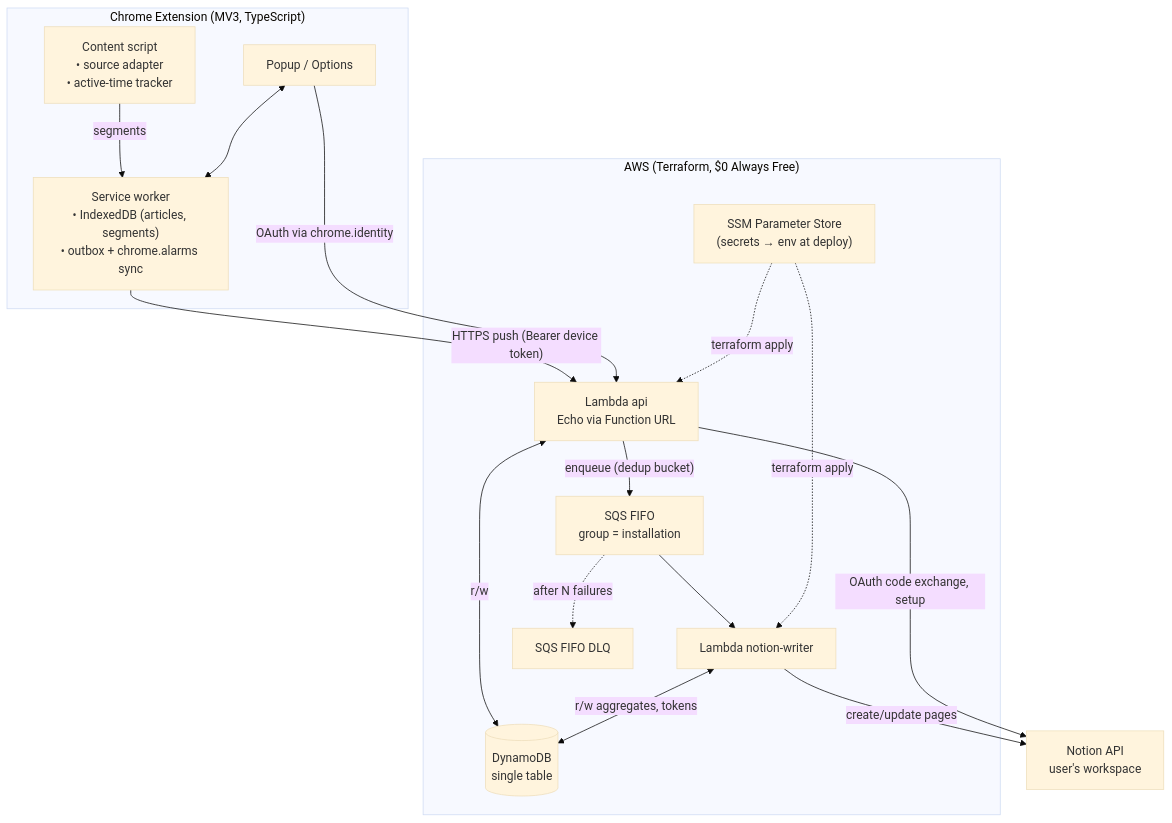
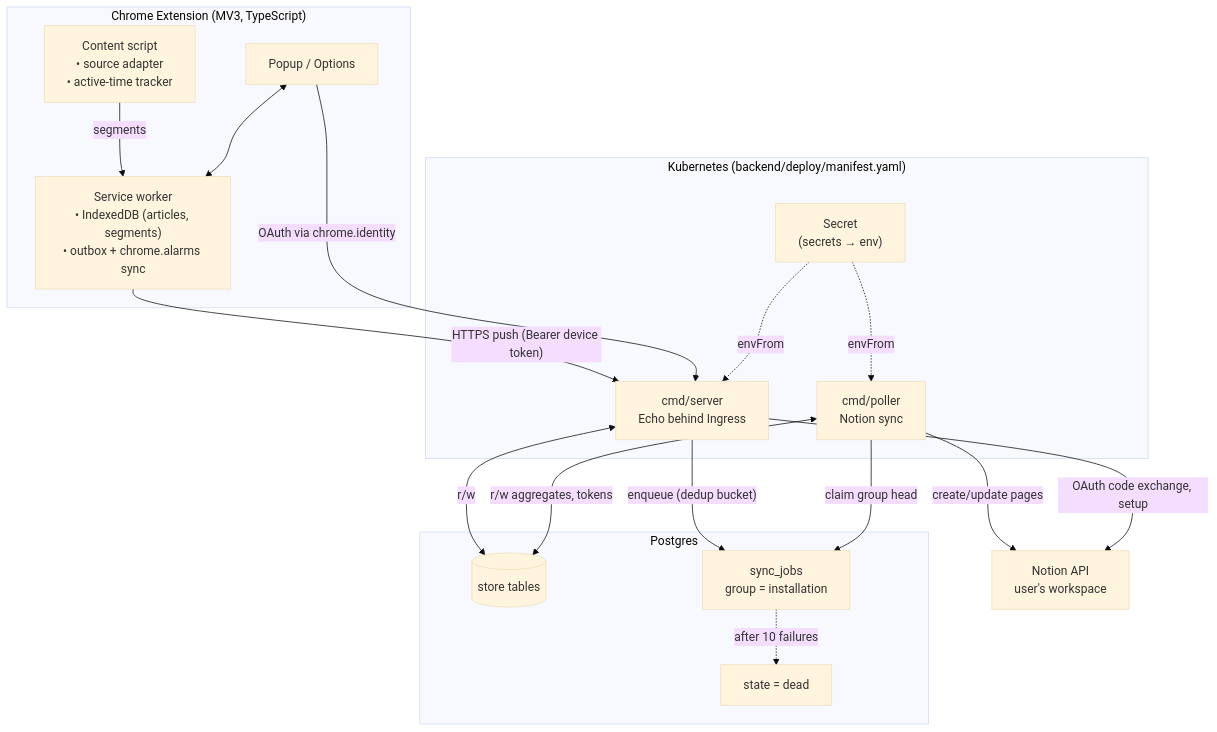
Before and after one commit to tuncloud/reading-chrome-extension: the first of 7 diagrams in docs/reading-tracker-onboarding.md, drawn with Mermaid (base theme). The commit also changed other lines of this file and 7 other files, not shown here.

Commit message:
docs: describe the single Postgres deployment

````diff
--- a/docs/reading-tracker-onboarding.md
+++ b/docs/reading-tracker-onboarding.md
@@ -125,33 +111,36 @@
 ```mermaid
 graph TB
     subgraph EXT["Chrome Extension (MV3, TypeScript)"]
         CS["Content script<br/>• source adapter<br/>• active-time tracker"]
         SW["Service worker<br/>• IndexedDB (articles, segments)<br/>• outbox + chrome.alarms sync"]
         UI["Popup / Options"]
         CS -->|"segments"| SW
         UI <--> SW
     end
 
-    subgraph AWS["AWS (Terraform, $0 Always Free)"]
-        API["Lambda api<br/>Echo via Function URL"]
-        DDB[("DynamoDB<br/>single table")]
-        Q["SQS FIFO<br/>group = installation"]
-        W["Lambda notion-writer"]
-        DLQ["SQS FIFO DLQ"]
-        SSM["SSM Parameter Store<br/>(secrets → env at deploy)"]
+    subgraph K8S["Kubernetes (backend/deploy/manifest.yaml)"]
+        API["cmd/server<br/>Echo behind Ingress"]
+        W["cmd/poller<br/>Notion sync"]
+        SEC["Secret<br/>(secrets → env)"]
+    end
+
+    subgraph PGS["Postgres"]
+        PGT[("store tables")]
+        Q["sync_jobs<br/>group = installation"]
+        DLQ["state = dead"]
     end
 
     NOTION["Notion API<br/>user's workspace"]
 
     SW -->|"HTTPS push (Bearer device token)"| API
     UI -->|"OAuth via chrome.identity"| API
-    API <-->|"r/w"| DDB
+    API <-->|"r/w"| PGT
     API -->|"enqueue (dedup bucket)"| Q
-    Q --> W
-    W <-->|"r/w aggregates, tokens"| DDB
+    W -->|"claim group head"| Q
+    W <-->|"r/w aggregates, tokens"| PGT
     W -->|"create/update pages"| NOTION
     API -->|"OAuth code exchange, setup"| NOTION
-    Q -.->|"after N failures"| DLQ
-    SSM -.->|"terraform apply"| API
-    SSM -.->|"terraform apply"| W
+    Q -.->|"after 10 failures"| DLQ
+    SEC -.->|"envFrom"| API
+    SEC -.->|"envFrom"| W
 ```
````
